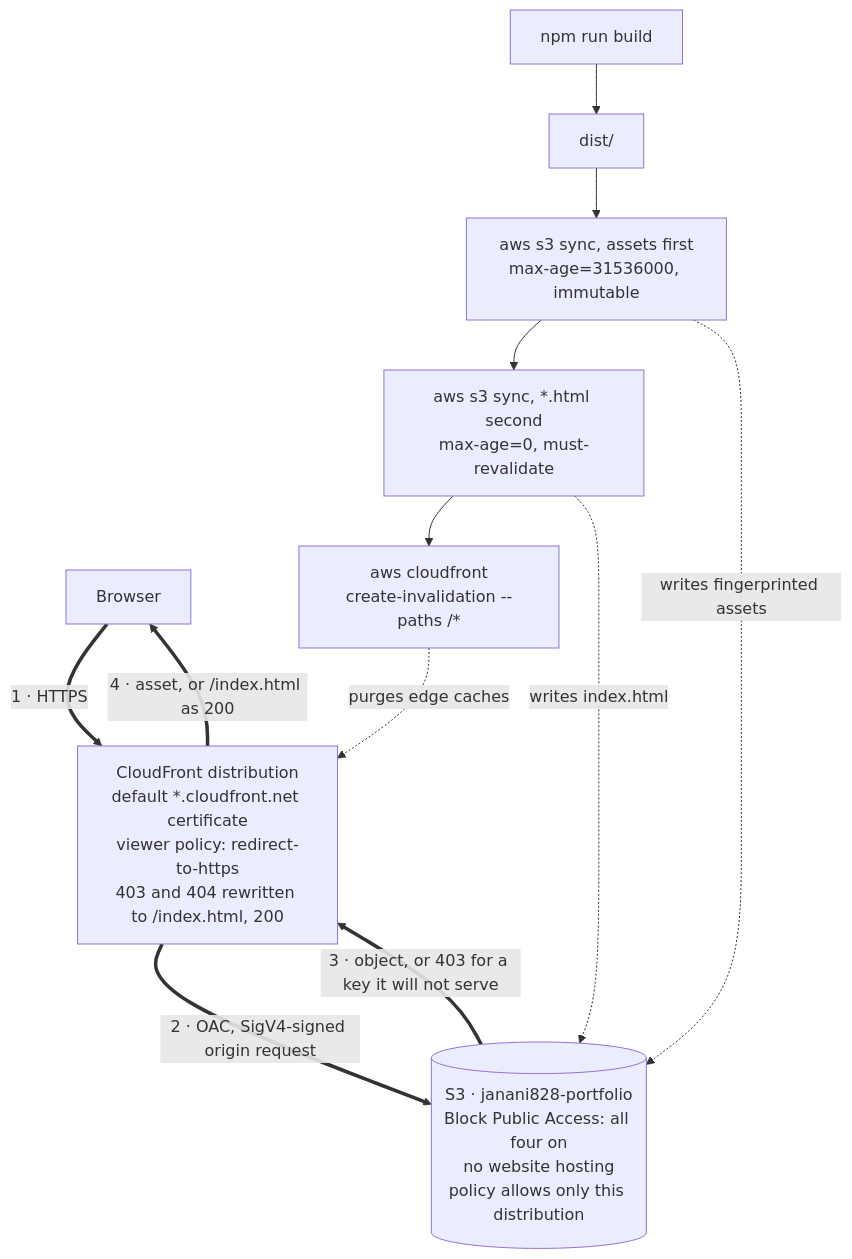
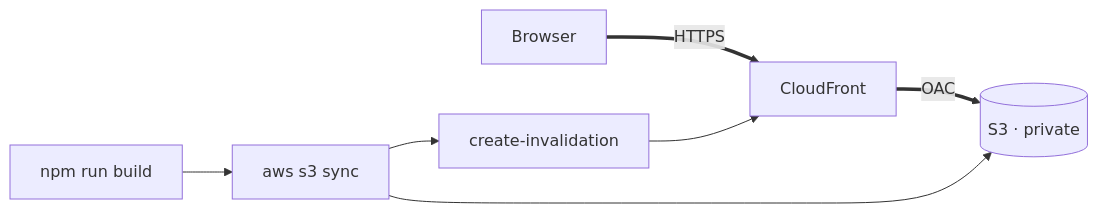
Before and after one commit to JananiSuresh168/portfolio: the diagram in README.md, drawn with Mermaid. The commit also changed other lines of this file, not shown here.

Commit message:
Simplify the architecture diagram
The diagram had grown into a second copy of the prose: cache-control
values, error-code rewrites and bucket settings were all spelled out in
node labels that the sections below already explain. Cut it back to the
topology it is actually good at showing — browser to CloudFront to a
private bucket, and build to sync to invalidation — and let the prose
carry the reasoning.

Six nodes, three edge labels, down from eight nodes and eleven annotated
edges.

Claude-Session: https://claude.ai/code/session_01WBUqZkGfCNMBBcCSmUoYKE

````diff
--- a/README.md
+++ b/README.md
@@ -14,19 +14,7 @@
 ```mermaid
-flowchart TB
-    BR["Browser"]
-    CF["CloudFront distribution<br/>default *.cloudfront.net certificate<br/>viewer policy: redirect-to-https<br/>403 and 404 rewritten to /index.html, 200"]
-    S3[("S3 · janani828-portfolio<br/>Block Public Access: all four on<br/>no website hosting<br/>policy allows only this distribution")]
+flowchart LR
+    BR["Browser"] ==>|"HTTPS"| CF["CloudFront"] ==>|"OAC"| S3[("S3 · private")]
 
-    BR ==>|"1 · HTTPS"| CF
-    CF ==>|"2 · OAC, SigV4-signed origin request"| S3
-    S3 ==>|"3 · object, or 403 for a key it will not serve"| CF
-    CF ==>|"4 · asset, or /index.html as 200"| BR
-
-    BUILD["npm run build"] --> DIST["dist/"]
-    DIST --> A1["aws s3 sync, assets first<br/>max-age=31536000, immutable"]
-    A1 --> A2["aws s3 sync, *.html second<br/>max-age=0, must-revalidate"]
-    A2 --> INV["aws cloudfront<br/>create-invalidation --paths /*"]
-    A1 -.->|"writes fingerprinted assets"| S3
-    A2 -.->|"writes index.html"| S3
-    INV -.->|"purges edge caches"| CF
+    BUILD["npm run build"] --> SYNC["aws s3 sync"] --> S3
+    SYNC --> INV["create-invalidation"] --> CF
 ```
````
